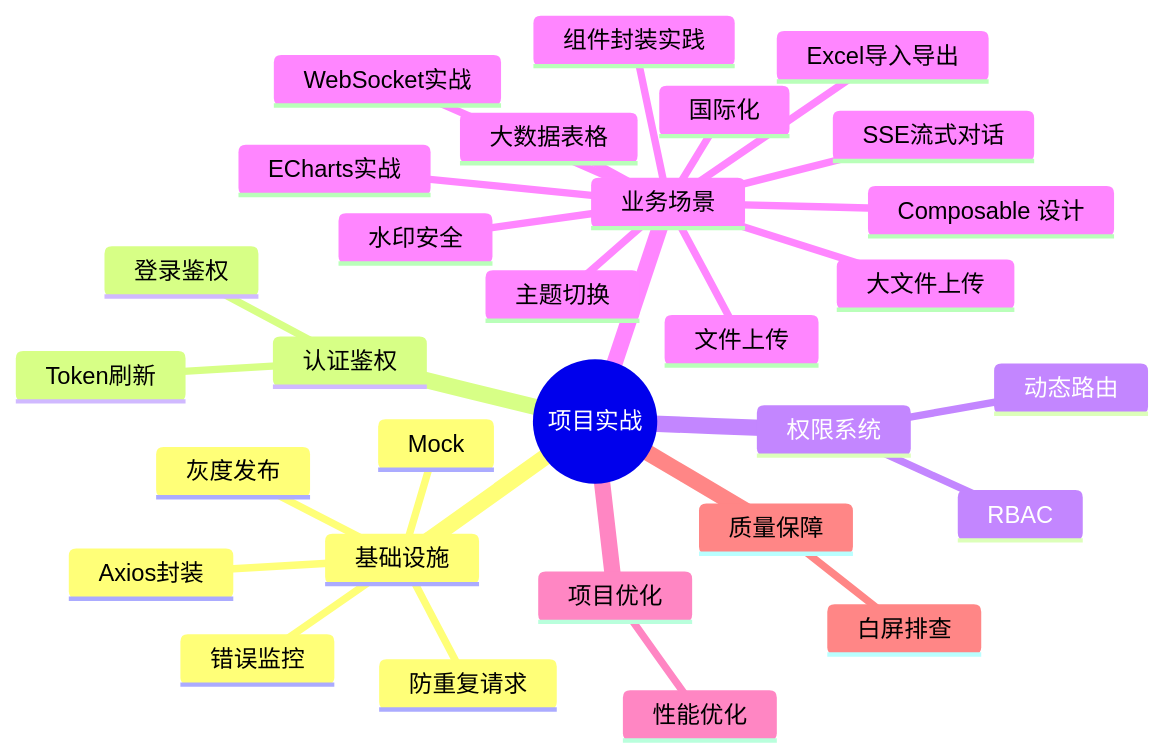
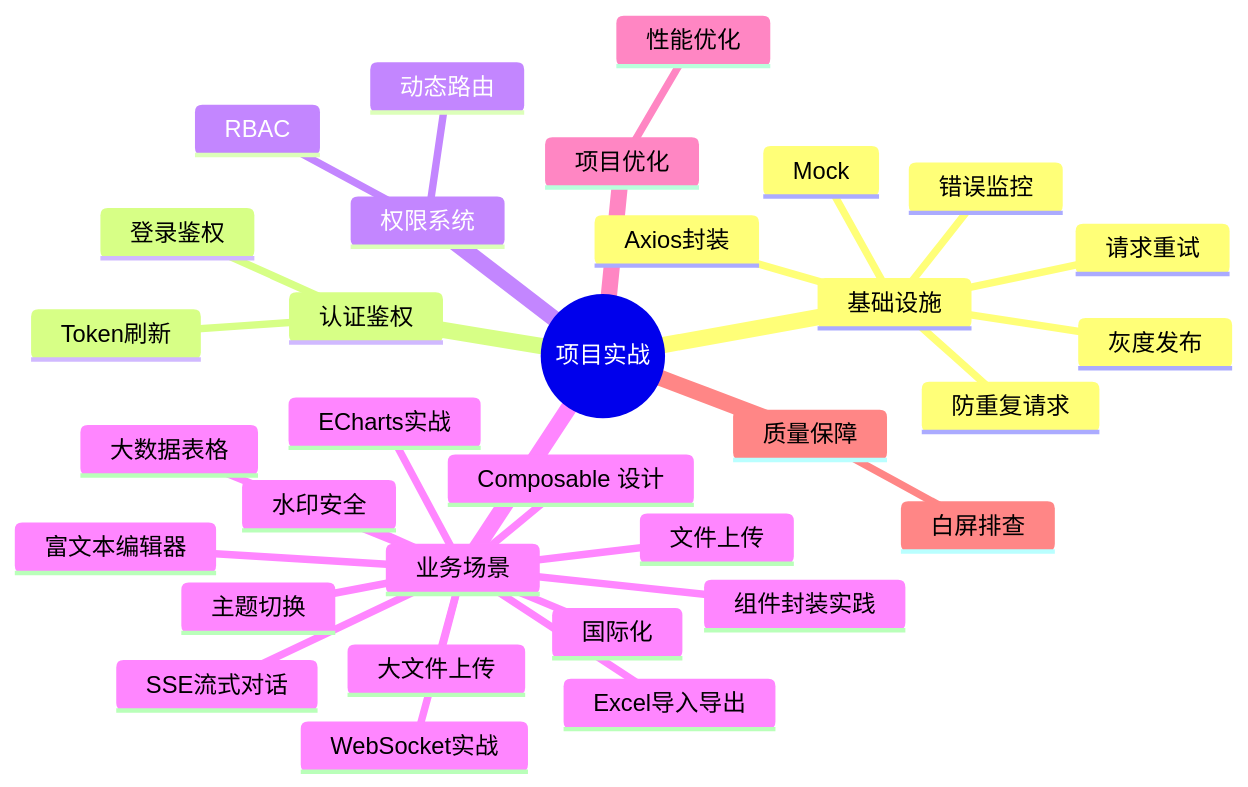
The diagram in docs/项目实战/index.md (zjh42139/interview-notes), drawn with Mermaid before and after one commit. The commit also changed other lines of this file and 6 other files, not shown here.

````diff
--- a/docs/项目实战/index.md
+++ b/docs/项目实战/index.md
@@ -9,33 +9,35 @@
 ```mermaid
 mindmap
   root((项目实战))
     基础设施
       Axios封装
+      请求重试
       防重复请求
       Mock
       错误监控
       灰度发布
     认证鉴权
       登录鉴权
       Token刷新
     权限系统
       动态路由
       RBAC
     业务场景
       文件上传
       Excel导入导出
       大数据表格
       Composable 设计
       国际化
       主题切换
       组件封装实践
       WebSocket实战
       ECharts实战
       大文件上传
       SSE流式对话
       水印安全
+      富文本编辑器
     项目优化
       性能优化
     质量保障
       白屏排查
 ```
````
